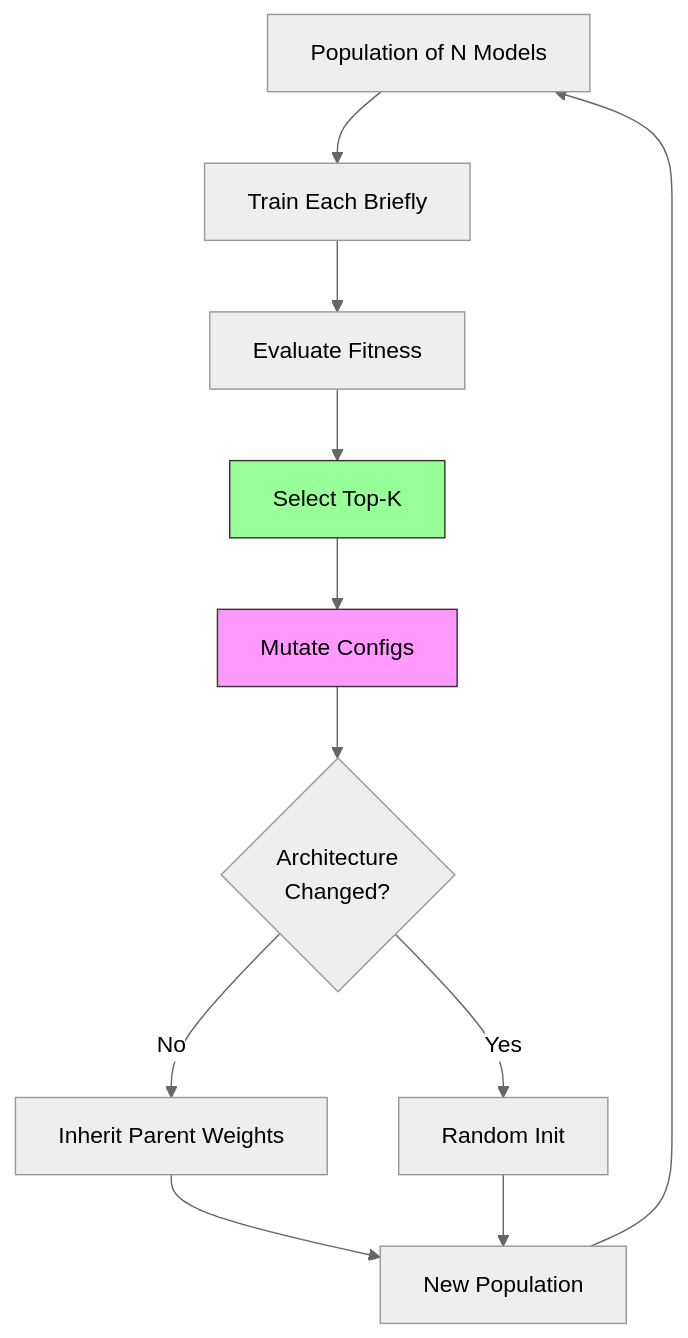
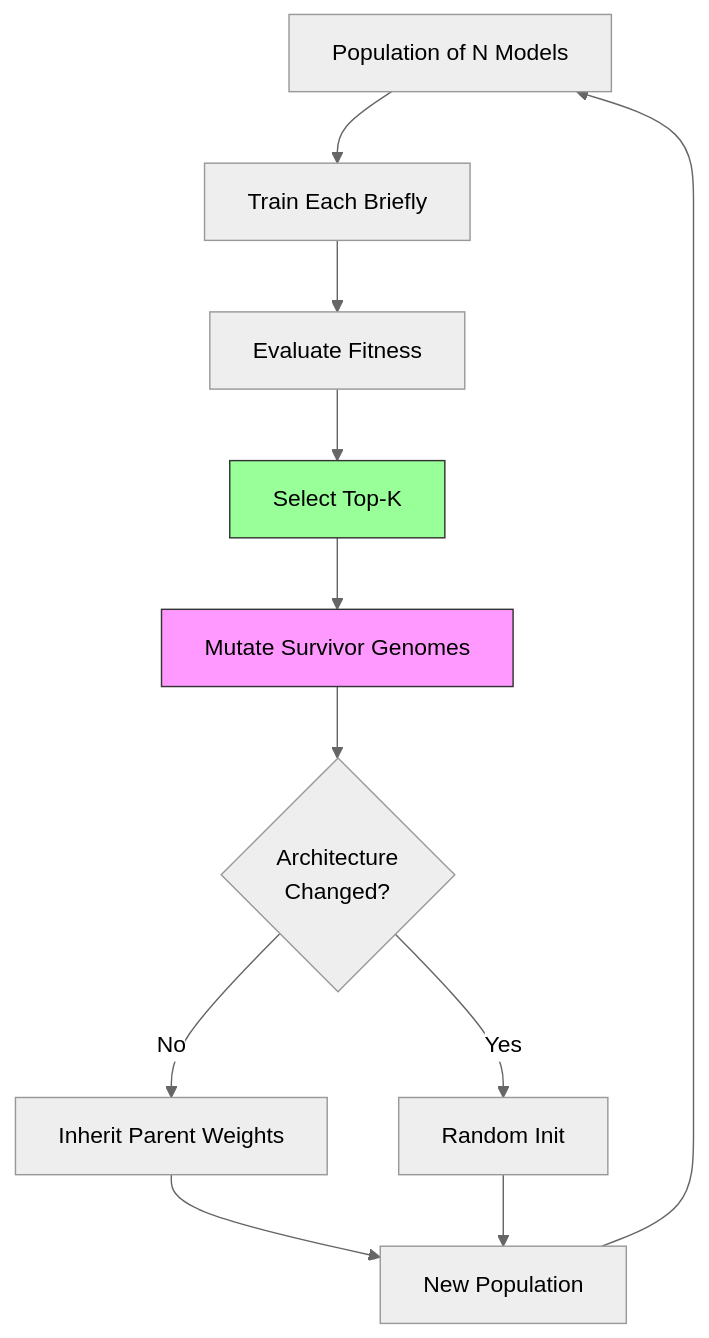
Before and after one commit to danilop/micro-gpt-and-beyond: the diagram in walk-the-code/diagrams/evo_generation.mmd, drawn with Mermaid (neutral theme). The commit also changed 59 other files, not shown here.

Commit message:
Improve lab diagrams and mappings

```diff
--- a/walk-the-code/diagrams/evo_generation.mmd
+++ b/walk-the-code/diagrams/evo_generation.mmd
@@ -1,13 +1,13 @@
 graph TD
   A[Population of N Models] --> B[Train Each Briefly]
   B --> C[Evaluate Fitness]
   C --> D[Select Top-K]
-  D --> E[Mutate Configs]
+  D --> E[Mutate Survivor Genomes]
   E --> F{Architecture<br/>Changed?}
   F -->|No| G[Inherit Parent Weights]
   F -->|Yes| H[Random Init]
   G --> I[New Population]
   H --> I
   I --> A
   style D fill:#9f9,stroke:#333
   style E fill:#f9f,stroke:#333
```
